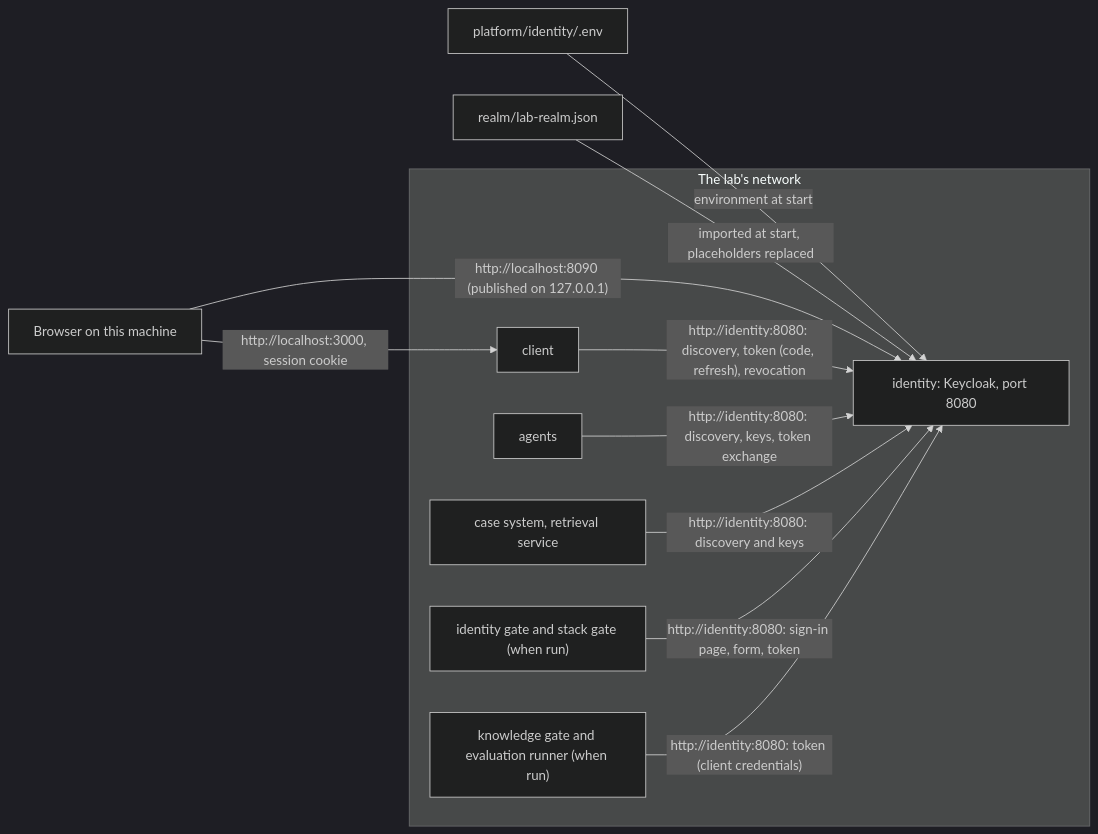
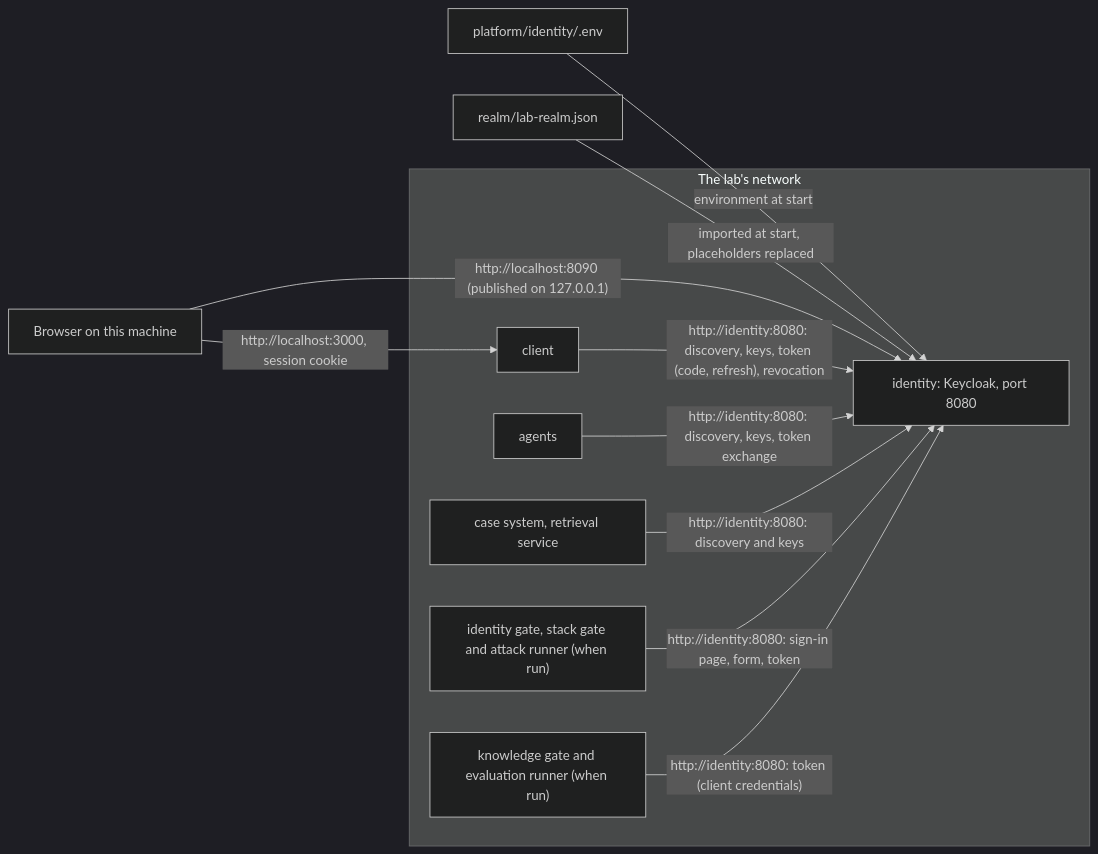
One commit to AndrewPHunter/ai-on-aws changed the first of 5 diagrams in docs/architecture/identity.md. Above: the diagram before and after it, drawn with Mermaid (dark theme). The commit also changed other lines of this file and 29 other files, not shown here.

````diff
--- a/docs/architecture/identity.md
+++ b/docs/architecture/identity.md
@@ -28,20 +28,20 @@
 ```mermaid
 flowchart LR
   env[platform/identity/.env] -- "environment at start" --> kc
   realm[realm/lab-realm.json] -- "imported at start, placeholders replaced" --> kc
   subgraph net["The lab's network"]
     kc["identity: Keycloak, port 8080"]
     client["client"]
     agents["agents"]
     servers["case system, retrieval service"]
-    gates["identity gate and stack gate (when run)"]
+    gates["identity gate, stack gate and attack runner (when run)"]
     machines["knowledge gate and evaluation runner (when run)"]
   end
   browser["Browser on this machine"] -- "http://localhost:8090 (published on 127.0.0.1)" --> kc
   browser -- "http://localhost:3000, session cookie" --> client
-  client -- "http://identity:8080: discovery, token (code, refresh), revocation" --> kc
+  client -- "http://identity:8080: discovery, keys, token (code, refresh), revocation" --> kc
   agents -- "http://identity:8080: discovery, keys, token exchange" --> kc
   servers -- "http://identity:8080: discovery and keys" --> kc
   gates -- "http://identity:8080: sign-in page, form, token" --> kc
   machines -- "http://identity:8080: token (client credentials)" --> kc
 ```
````
